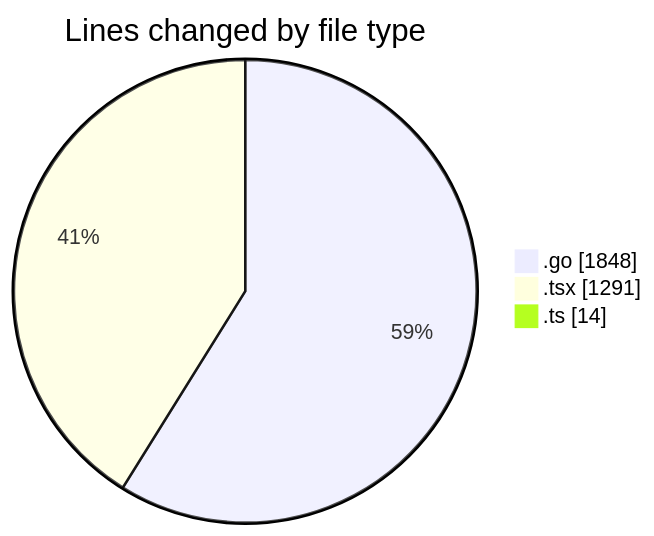
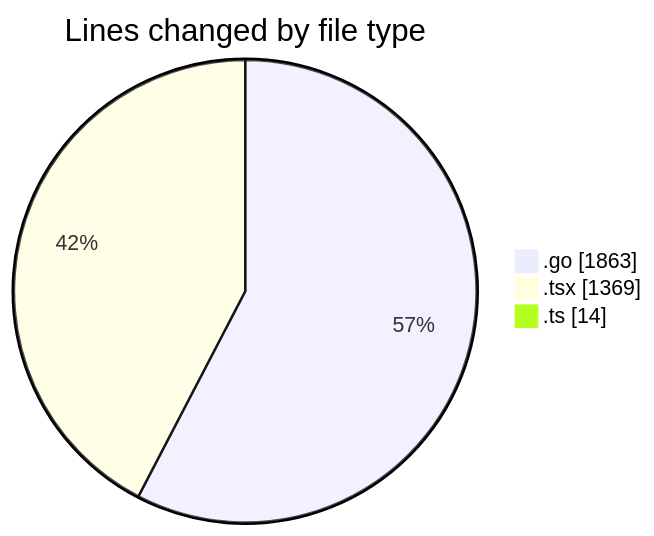
One commit to robertbonfada/code-tracking changed the first of 2 diagrams in 2025-03-05/termonied_testador/README.md. Above: the diagram before and after it, drawn with Mermaid. The commit also changed other lines of this file and 1 other file, not shown here.

````diff
--- a/2025-03-05/termonied_testador/README.md
+++ b/2025-03-05/termonied_testador/README.md
@@ -32,7 +33,7 @@
 ```mermaid
 pie showData
 title Lines changed by file type
-".go" : 1848
-".tsx" : 1291
+".go" : 1863
+".tsx" : 1369
 ".ts" : 14
 ```
````
